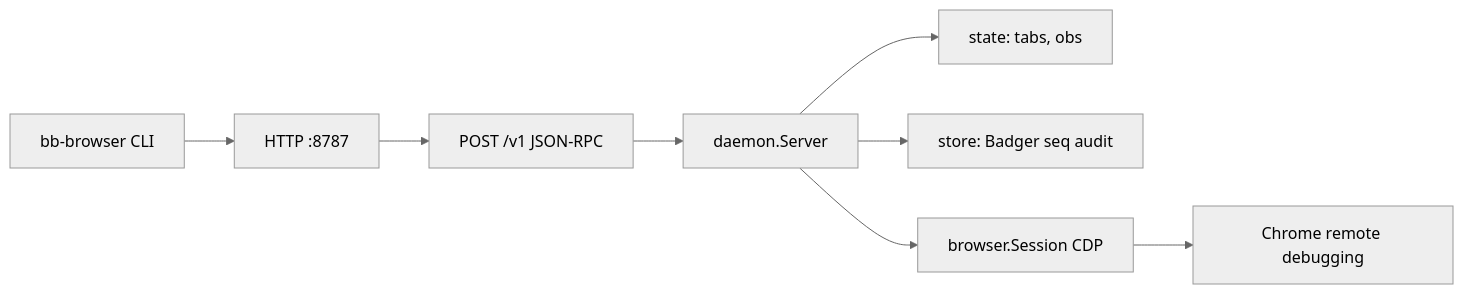
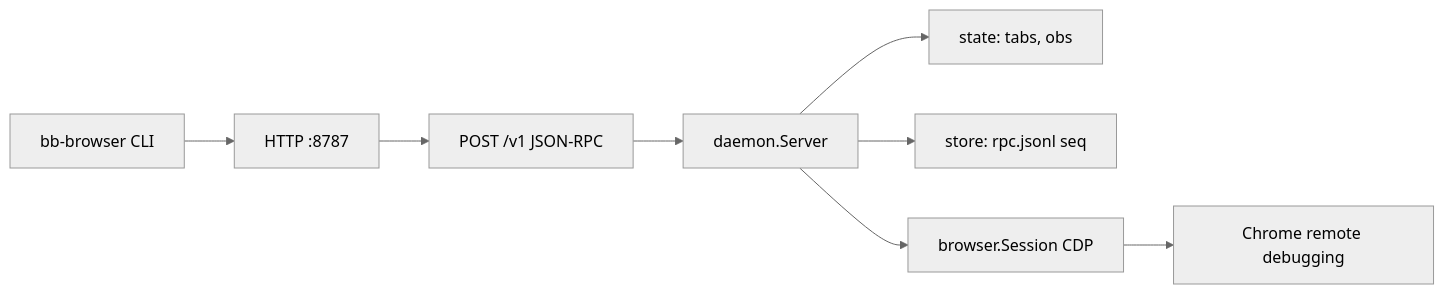
Before and after one commit to yiplee/go-bb-browser: the diagram in README.md, drawn with Mermaid (neutral theme). The commit also changed other lines of this file and 20 other files, not shown here.

First line of the commit message:
Replace Badger with append-only rpc.jsonl for idle recovery.

````diff
--- a/README.md
+++ b/README.md
@@ -50,19 +50,19 @@
 ```mermaid
 flowchart LR
   CLI[bb-browser CLI]
   HTTP[HTTP :8787]
   RPC[POST /v1 JSON-RPC]
   SRV[daemon.Server]
   ST[state: tabs, obs]
-  BG[store: Badger seq audit]
+  BG[store: rpc.jsonl seq]
   BR[browser.Session CDP]
   CH[Chrome remote debugging]
 
   CLI --> HTTP
   HTTP --> RPC
   RPC --> SRV
   SRV --> ST
   SRV --> BG
   SRV --> BR
   BR --> CH
 ```
````
